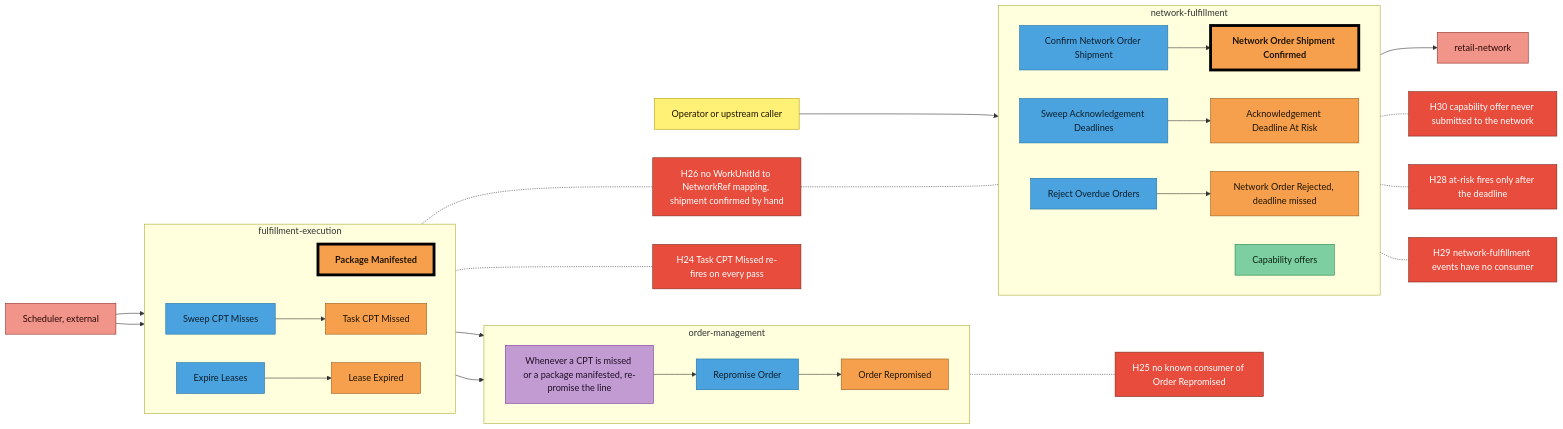
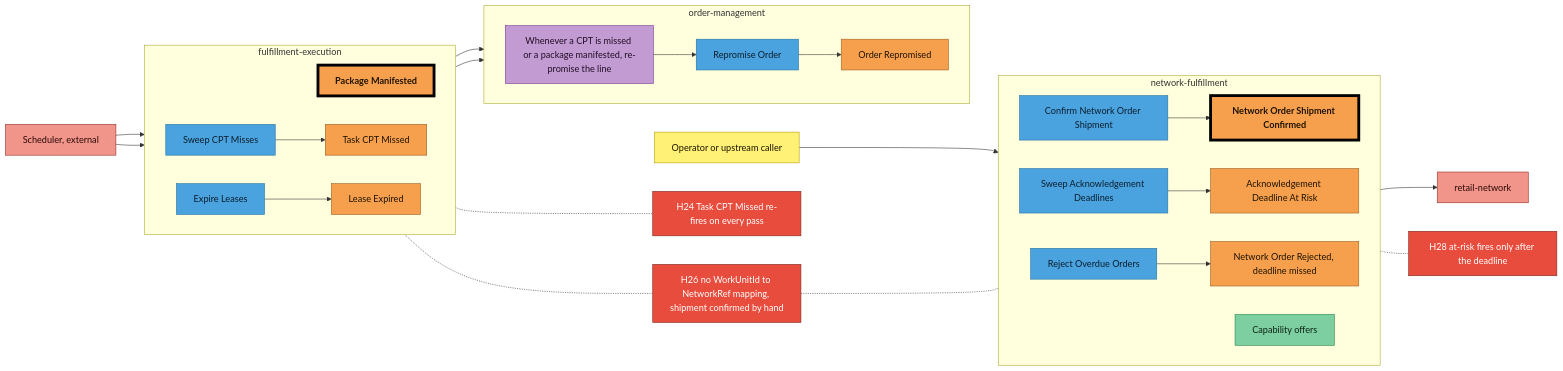
Before and after one commit to IQVO/warehouse-docs: the tenth of 10 diagrams in docs/strategic-design/eventstorming-big-picture.md, drawn with Mermaid. The commit also changed other lines of this file and 1 other file, not shown here.

Commit message:
docs(strategic): resolve hotspots H9, H25, H29, H30, H35 and drop them from the diagrams; K21 retired at stage E (edge removed from the map)

````diff
--- a/docs/strategic-design/eventstorming-big-picture.md
+++ b/docs/strategic-design/eventstorming-big-picture.md
@@ -813,62 +811,56 @@
 ```mermaid
 flowchart LR
     SCH["Scheduler, external"]:::external
     OP["Operator or upstream caller"]:::actor
     RN["retail-network"]:::external
     subgraph S_FE["fulfillment-execution"]
         direction LR
         E1["Package Manifested"]:::pivotal
         C1["Sweep CPT Misses"]:::command
         E2["Task CPT Missed"]:::event
         C2["Expire Leases"]:::command
         E3["Lease Expired"]:::event
     end
     subgraph S_OM["order-management"]
         direction LR
         P1["Whenever a CPT is missed or a package manifested, re-promise the line"]:::policy
         C3["Repromise Order"]:::command
         E4["Order Repromised"]:::event
     end
     subgraph S_NF["network-fulfillment"]
         direction LR
         C4["Confirm Network Order Shipment"]:::command
         E5["Network Order Shipment Confirmed"]:::pivotal
         C5["Sweep Acknowledgement Deadlines"]:::command
         E6["Acknowledgement Deadline At Risk"]:::event
         C6["Reject Overdue Orders"]:::command
         E7["Network Order Rejected, deadline missed"]:::event
         R1["Capability offers"]:::readmodel
     end
 
     SCH --> C1 --> E2
     SCH --> C2 --> E3
     E1 --> P1
     E2 --> P1
     P1 --> C3 --> E4
     OP --> C4 --> E5 --> RN
     C5 --> E6
     C6 --> E7
 
     H24["H24 Task CPT Missed re-fires on every pass"]:::hotspot
-    H25["H25 no known consumer of Order Repromised"]:::hotspot
     H26["H26 no WorkUnitId to NetworkRef mapping, shipment confirmed by hand"]:::hotspot
     H28["H28 at-risk fires only after the deadline"]:::hotspot
-    H29["H29 network-fulfillment events have no consumer"]:::hotspot
-    H30["H30 capability offer never submitted to the network"]:::hotspot
-    R1 -.- H30
     E2 -.- H24
-    E4 -.- H25
     E1 -.- H26
     H26 -.- C4
     E6 -.- H28
-    E5 -.- H29
 
     classDef actor fill:#fff176,stroke:#b59f00,color:#1f1300
     classDef command fill:#4aa3df,stroke:#1f6f9f,color:#0b1e2d
     classDef event fill:#f6a04d,stroke:#9a5b1c,color:#1f1300
     classDef pivotal fill:#f6a04d,stroke:#000000,stroke-width:5px,color:#1f1300,font-weight:bold
     classDef policy fill:#c39bd3,stroke:#7d3c98,color:#1f0f26
     classDef readmodel fill:#7dcea0,stroke:#1e8449,color:#0b2614
     classDef external fill:#f1948a,stroke:#922b21,color:#2b0a07
     classDef hotspot fill:#e74c3c,stroke:#78281f,color:#ffffff
 ```
````
